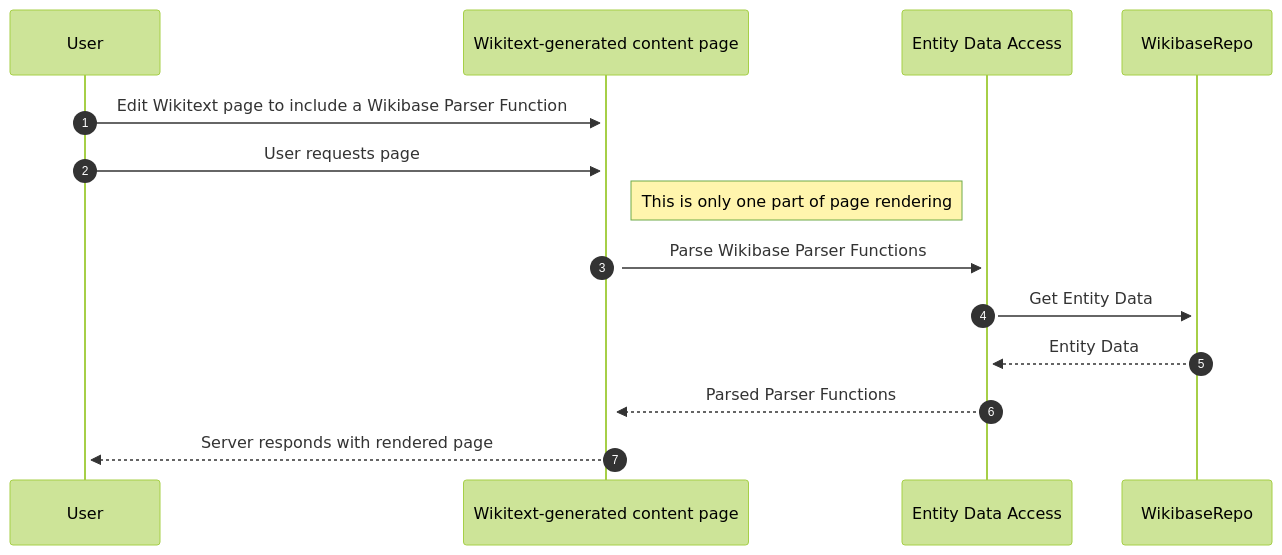
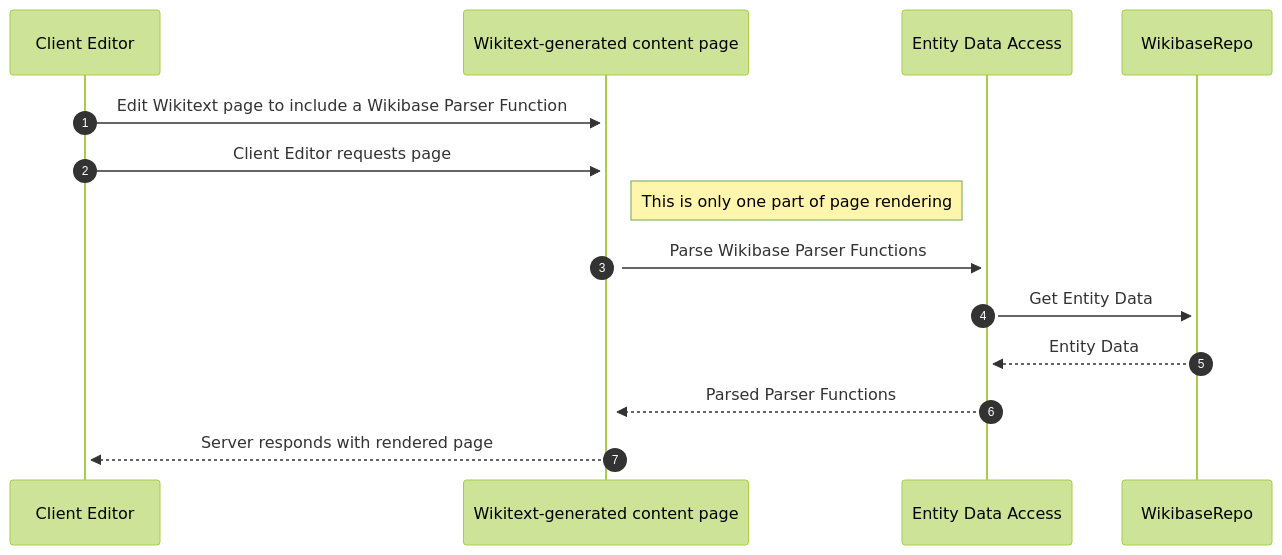
Before and after one commit to wmde/wikidata-wikibase-architecture: the seventh of 7 diagrams in systems/WikibaseClient/06-Runtime_View.md, drawn with Mermaid (forest theme). The commit also changed other lines of this file and 9 other files, not shown here.

First line of the commit message:
Explain various users across diagrams

````diff
--- a/systems/WikibaseClient/06-Runtime_View.md
+++ b/systems/WikibaseClient/06-Runtime_View.md
@@ -116,12 +116,12 @@
 ```mermaid
 sequenceDiagram
     autonumber
-    User->>+Wikitext-generated content page: Edit Wikitext page to include a Wikibase Parser Function
-    User->>+Wikitext-generated content page: User requests page
+    Client Editor->>+Wikitext-generated content page: Edit Wikitext page to include a Wikibase Parser Function
+    Client Editor->>+Wikitext-generated content page: Client Editor requests page
     Note right of Wikitext-generated content page: This is only one part of page rendering
     Wikitext-generated content page->>+Entity Data Access: Parse Wikibase Parser Functions
     Entity Data Access->>+WikibaseRepo: Get Entity Data
     WikibaseRepo-->>Entity Data Access: Entity Data
     Entity Data Access-->>Wikitext-generated content page: Parsed Parser Functions
-    Wikitext-generated content page-->>+User: Server responds with rendered page
+    Wikitext-generated content page-->>+Client Editor: Server responds with rendered page
 ```
````
